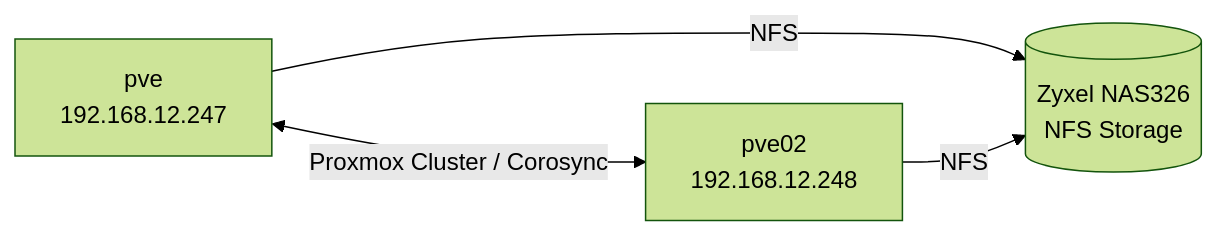
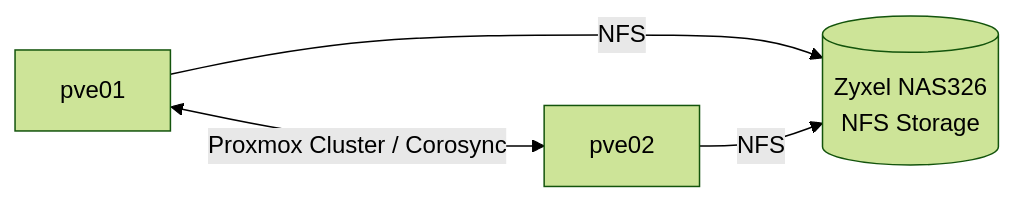
Before and after one commit to Tearstone/tearstone-homelab: the second of 3 diagrams in docs/architecture.md, drawn with Mermaid (forest theme). The commit also changed other lines of this file, not shown here.

Commit message:
Remove internal network identifiers from architecture documentation

````diff
--- a/docs/architecture.md
+++ b/docs/architecture.md
@@ -87,10 +81,10 @@
 ```mermaid
 graph LR
-    PVE["pve\n192.168.12.247"]
-    PVE02["pve02\n192.168.12.248"]
+    PVE["pve01"]
+    PVE02["pve02"]
     NAS[("Zyxel NAS326\nNFS Storage")]
 
     PVE <-->|"Proxmox Cluster / Corosync"| PVE02
     PVE -->|NFS| NAS
     PVE02 -->|NFS| NAS
 ```
````
